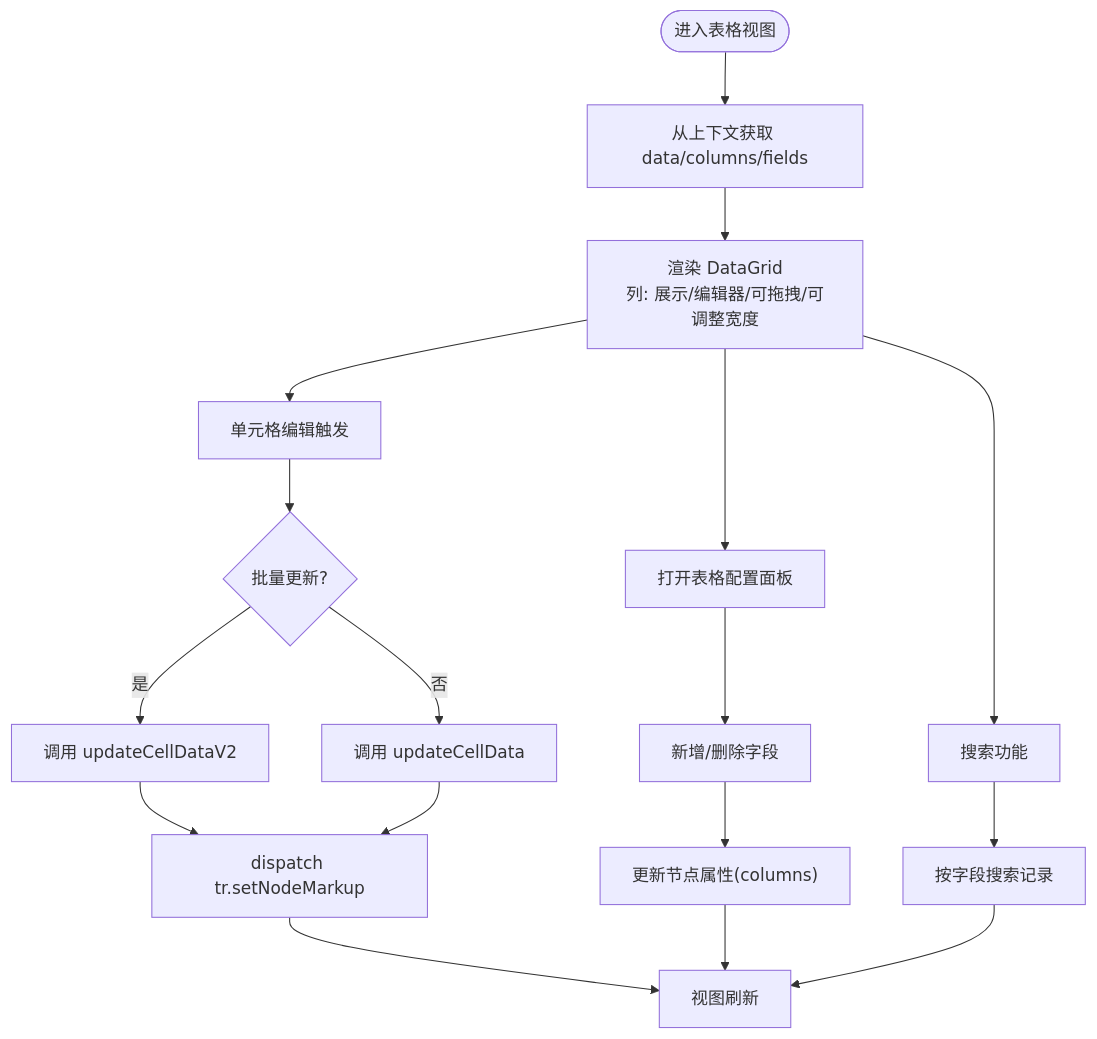
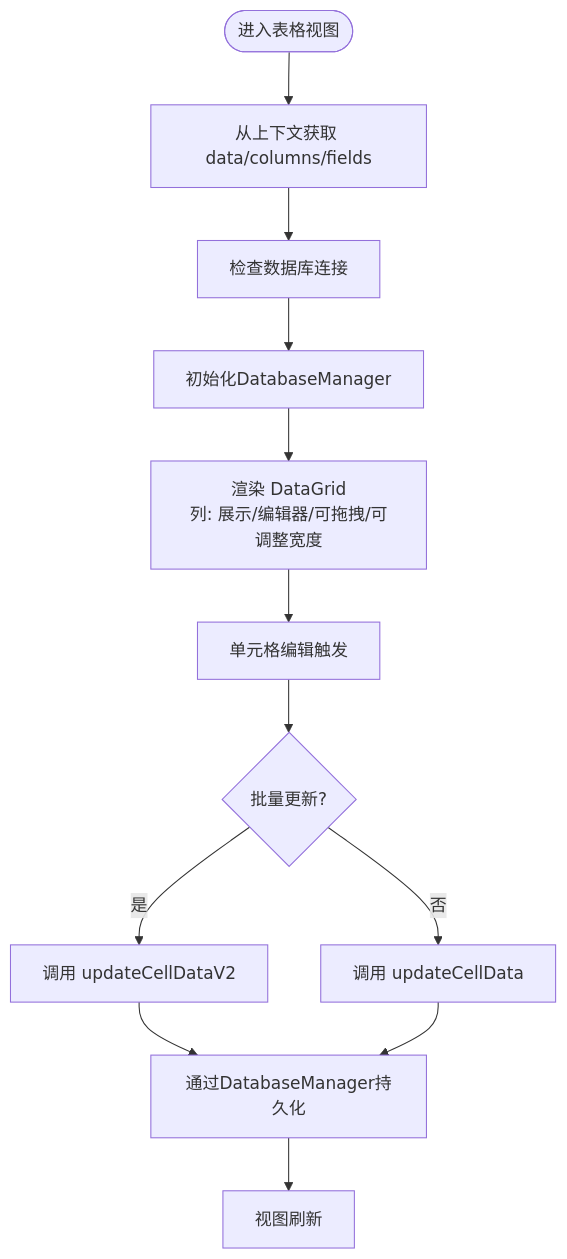
Before and after one commit to LRF0422/Kotion: the fifth of 8 diagrams in .qoder/repowiki/zh/content/功能模块/数据库插件/数据库插件.md, drawn with Mermaid. The commit also changed other lines of this file and 75 other files, not shown here.

````diff
--- a/.qoder/repowiki/zh/content/功能模块/数据库插件/数据库插件.md
+++ b/.qoder/repowiki/zh/content/功能模块/数据库插件/数据库插件.md
@@ -350,19 +338,14 @@
 ```mermaid
 flowchart TD
 Start(["进入表格视图"]) --> LoadData["从上下文获取 data/columns/fields"]
-LoadData --> RenderGrid["渲染 DataGrid<br/>列: 展示/编辑器/可拖拽/可调整宽度"]
+LoadData --> CheckDB["检查数据库连接"]
+CheckDB --> InitDB["初始化DatabaseManager"]
+InitDB --> RenderGrid["渲染 DataGrid<br/>列: 展示/编辑器/可拖拽/可调整宽度"]
 RenderGrid --> EditCell["单元格编辑触发"]
 EditCell --> BatchUpdate{"批量更新?"}
 BatchUpdate --> |是| CallBatch["调用 updateCellDataV2"]
 BatchUpdate --> |否| CallSingle["调用 updateCellData"]
-CallBatch --> Dispatch["dispatch tr.setNodeMarkup"]
-CallSingle --> Dispatch
-Dispatch --> Refresh["视图刷新"]
-RenderGrid --> ConfigPanel["打开表格配置面板"]
-ConfigPanel --> ManageFields["新增/删除字段"]
-ManageFields --> UpdateAttrs["更新节点属性(columns)"]
-UpdateAttrs --> Refresh
-RenderGrid --> Search["搜索功能"]
-Search --> FilterData["按字段搜索记录"]
-FilterData --> Refresh
+CallBatch --> PersistData["通过DatabaseManager持久化"]
+CallSingle --> PersistData
+PersistData --> Refresh["视图刷新"]
 ```
````
